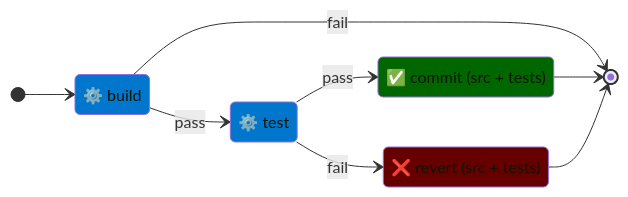
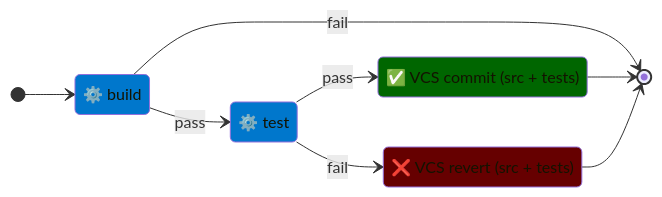
The diagram in variants-doc/mmd/variant-btcr.mmd (murex/TCR), drawn with Mermaid before and after one commit. The commit also changed 7 other files, not shown here.

```diff
--- a/variants-doc/mmd/variant-btcr.mmd
+++ b/variants-doc/mmd/variant-btcr.mmd
@@ -1,20 +1,20 @@
 stateDiagram-v2
     direction LR
     state "⚙️ build" as Build
     state "⚙️ test" as Test
-    state "✅ commit (src + tests)" as Commit
-    state "❌ revert (src + tests)" as Revert
+    state "✅ VCS commit (src + tests)" as Commit
+    state "❌ VCS revert (src + tests)" as Revert
     [*] --> Build
     Build --> Test: pass
     Build --> [*]: fail
     Test --> Commit: pass
     Test --> Revert: fail
     Commit --> [*]
     Revert --> [*]
     classDef actionClass fill: #0077CC
     classDef okClass fill: #006600
     classDef failClass fill: #660000
     class Build actionClass
     class Test actionClass
     class Commit okClass
     class Revert failClass
```
